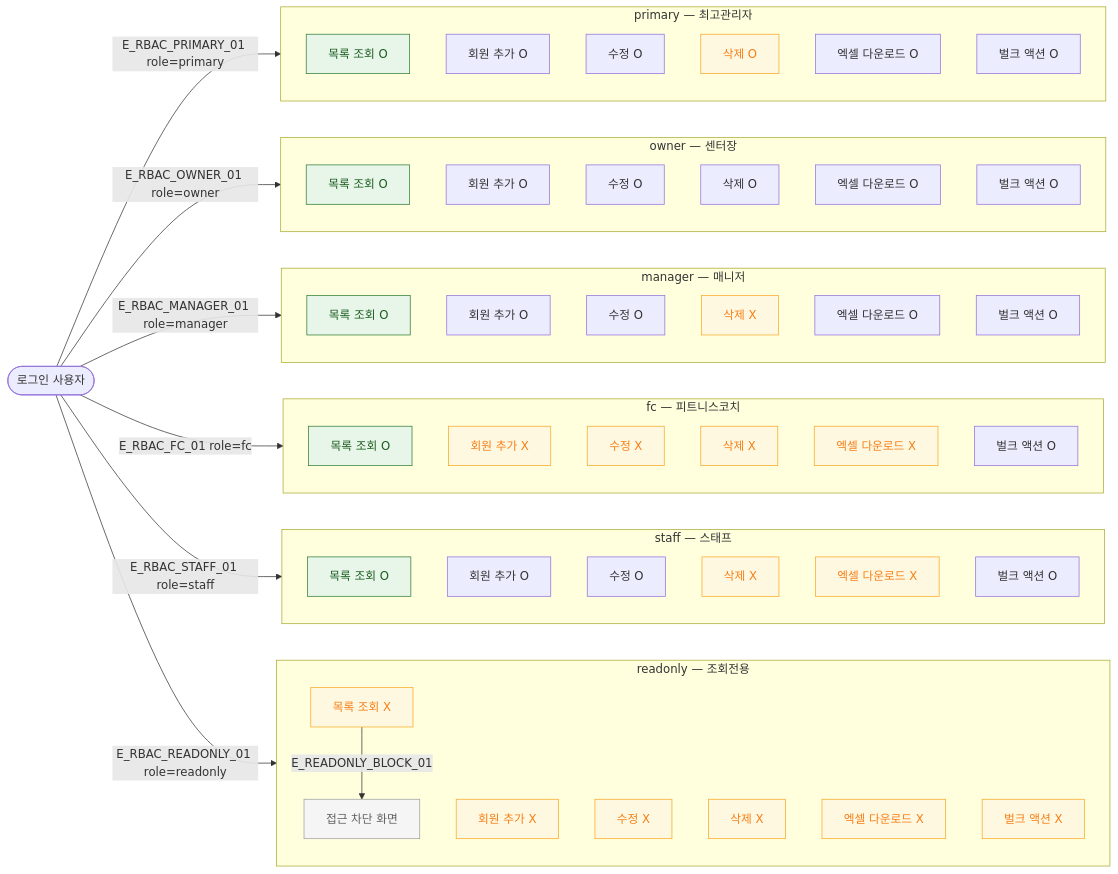
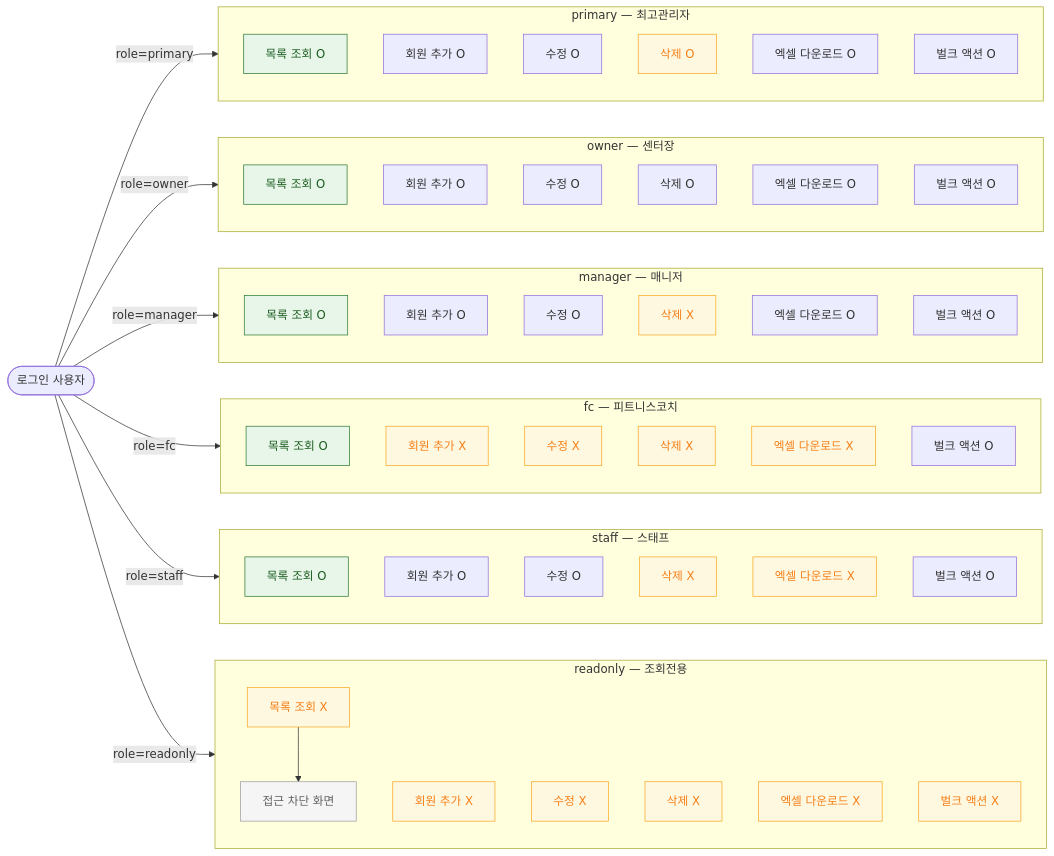
One commit to dev-spogym/admin-pando changed the diagram in docs/다이어그램/D02_회원관리/SCR-M001_회원목록/F7_권한.md. Above: the diagram before and after it, drawn with Mermaid. The commit also changed other lines of this file and 1660 other files, not shown here.

First line of the commit message:
다이어그램: 기획자/클라이언트 납품본으로 정리

```diff
--- a/docs/다이어그램/D02_회원관리/SCR-M001_회원목록/F7_권한.md
+++ b/docs/다이어그램/D02_회원관리/SCR-M001_회원목록/F7_권한.md
@@ -78,25 +76,25 @@
     R_BLOCK[접근 차단 화면]
   end
 
-  USER -->|E_RBAC_PRIMARY_01 role=primary| ROLE_PRIMARY
-  USER -->|E_RBAC_OWNER_01 role=owner| ROLE_OWNER
-  USER -->|E_RBAC_MANAGER_01 role=manager| ROLE_MANAGER
-  USER -->|E_RBAC_FC_01 role=fc| ROLE_FC
-  USER -->|E_RBAC_STAFF_01 role=staff| ROLE_STAFF
-  USER -->|E_RBAC_READONLY_01 role=readonly| ROLE_READONLY
+  USER -->|role=primary|ROLE_PRIMARY
+  USER -->|role=owner|ROLE_OWNER
+  USER -->|role=manager|ROLE_MANAGER
+  USER -->|role=fc|ROLE_FC
+  USER -->|role=staff|ROLE_STAFF
+  USER -->|role=readonly|ROLE_READONLY
 
-  R_VIEW -->|E_READONLY_BLOCK_01| R_BLOCK
+  R_VIEW --> R_BLOCK
 
-  classDef screen      fill:#E3F2FD,stroke:#1976D2,color:#0D47A1
-  classDef modal       fill:#FFF3E0,stroke:#F57C00,color:#E65100
-  classDef newFeature  fill:#F3E5F5,stroke:#9C27B0,stroke-dasharray:5 5
-  classDef error       fill:#FFEBEE,stroke:#C62828,color:#B71C1C
-  classDef success     fill:#E8F5E9,stroke:#2E7D32,color:#1B5E20
-  classDef warning     fill:#FFF8E1,stroke:#F9A825,color:#F57F17
-  classDef info        fill:#E0F7FA,stroke:#00838F
-  classDef system      fill:#EDE7F6,stroke:#5E35B2
-  classDef external    fill:#ECEFF1,stroke:#455A64,stroke-dasharray:3 3
-  classDef cron        fill:#E0F2F1,stroke:#00695C
+  classDef screen fill:#E3F2FD,stroke:#1976D2,color:#0D47A1
+  classDef modal fill:#FFF3E0,stroke:#F57C00,color:#E65100
+  classDef newFeature fill:#F3E5F5,stroke:#9C27B0,stroke-dasharray:5 5
+  classDef error fill:#FFEBEE,stroke:#C62828,color:#B71C1C
+  classDef success fill:#E8F5E9,stroke:#2E7D32,color:#1B5E20
+  classDef warning fill:#FFF8E1,stroke:#F9A825,color:#F57F17
+  classDef info fill:#E0F7FA,stroke:#00838F
+  classDef system fill:#EDE7F6,stroke:#5E35B2
+  classDef external fill:#ECEFF1,stroke:#455A64,stroke-dasharray:3 3
+  classDef cron fill:#E0F2F1,stroke:#00695C
   classDef rbacBlocked fill:#F5F5F5,stroke:#9E9E9E,color:#616161
 
   class P_VIEW,O_VIEW,M_VIEW,FC_VIEW,S_VIEW success
```
